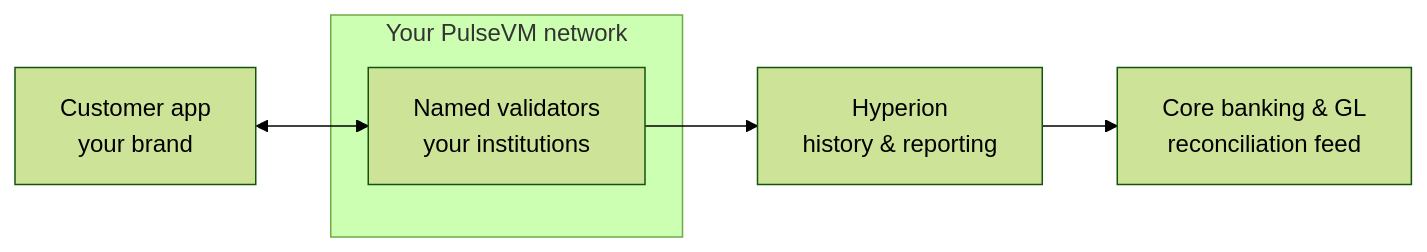
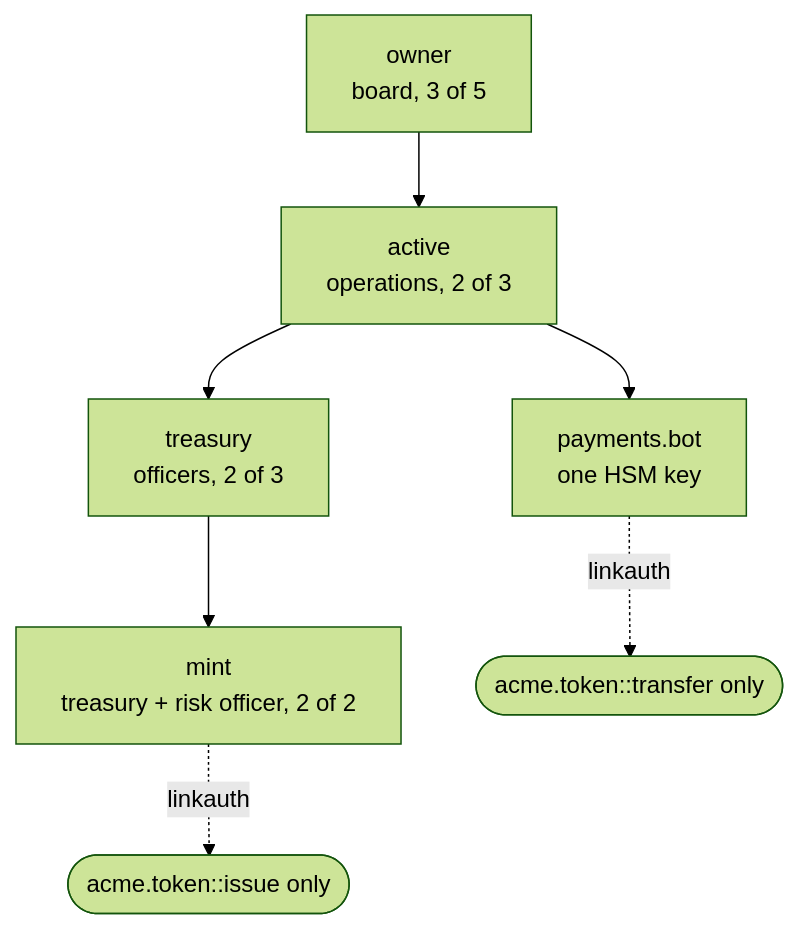
Before and after one commit to paulgnz/pulsevm-docs: the first of 2 diagrams in docs/institutions/banks.md, drawn with Mermaid (forest theme). The commit also changed other lines of this file and 53 other files, not shown here.

````diff
--- a/docs/institutions/banks.md
+++ b/docs/institutions/banks.md
@@ -108,9 +71,9 @@
 ```mermaid
-flowchart LR
-  app["Customer app<br/>your brand"] <--> v
-  subgraph net["Your PulseVM network"]
-    v["Named validators<br/>your institutions"]
-  end
-  v --> hy["Hyperion<br/>history & reporting"]
-  hy --> gl["Core banking & GL<br/>reconciliation feed"]
+flowchart TD
+  owner["owner<br/>board, 3 of 5"] --> active["active<br/>operations, 2 of 3"]
+  active --> treasury["treasury<br/>officers, 2 of 3"]
+  active --> bot["payments.bot<br/>one HSM key"]
+  treasury --> mint["mint<br/>treasury + risk officer, 2 of 2"]
+  bot -. "linkauth" .-> t(["acme.token::transfer only"])
+  mint -. "linkauth" .-> i(["acme.token::issue only"])
 ```
````
